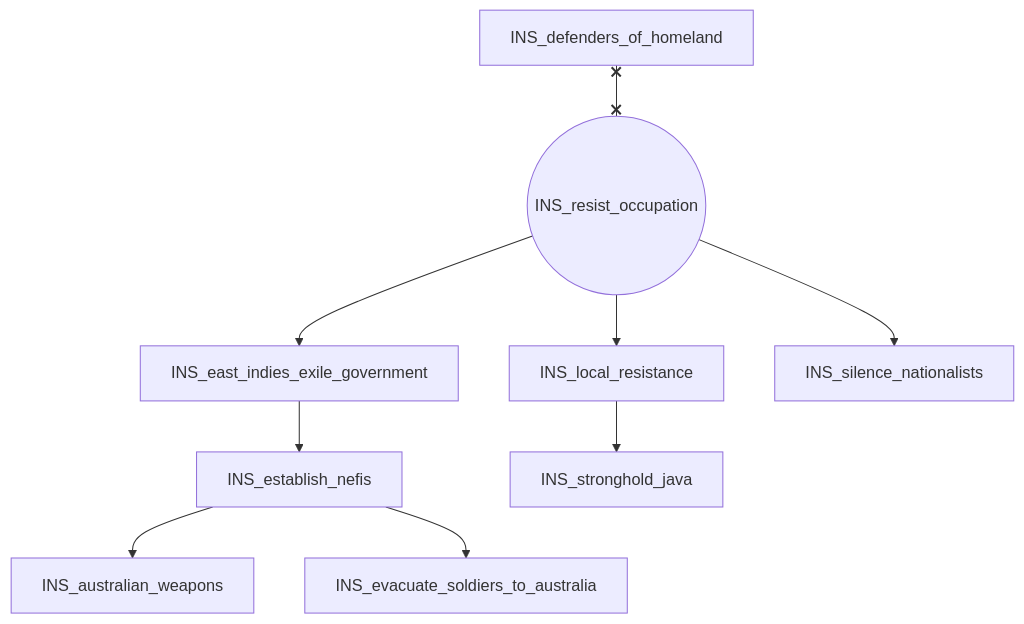
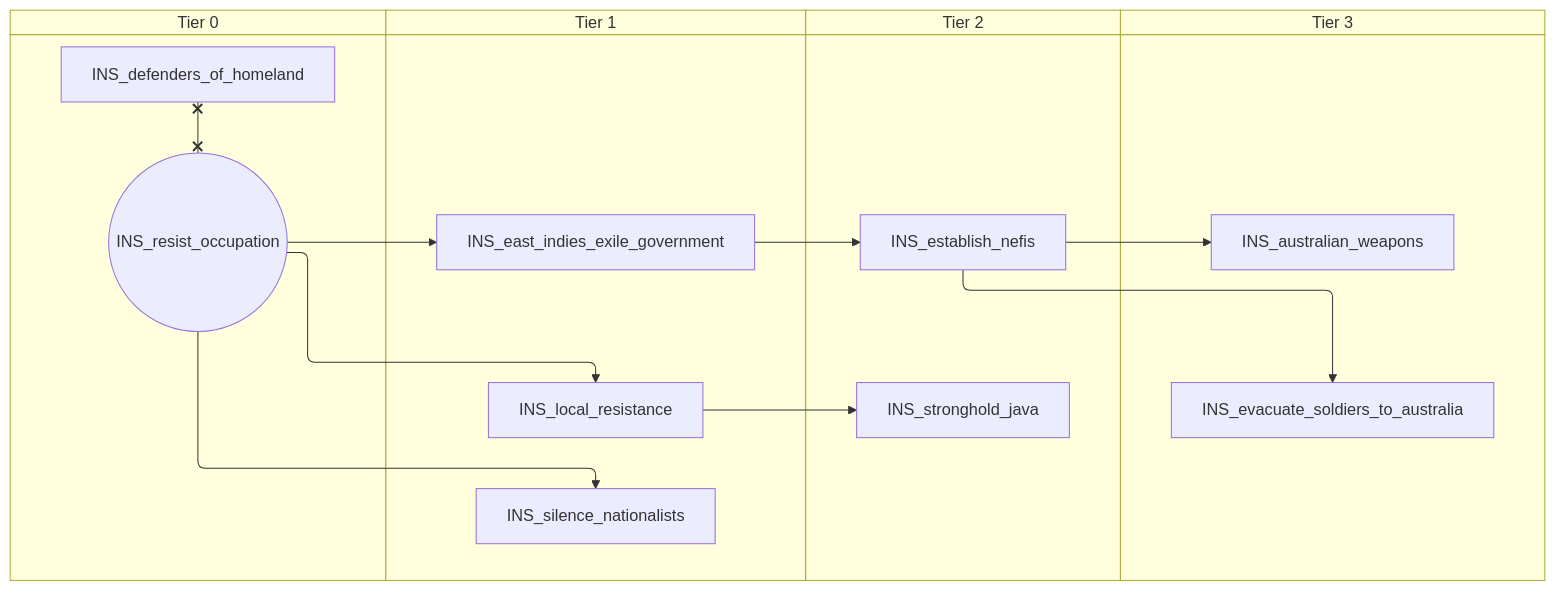
The third of 5 diagrams in docs/gdd/National Focuses/indonesia.md (evgeny-sobol/hoi4-sandbox-mode), drawn with Mermaid before and after one commit. The commit also changed other lines of this file and 80 other files, not shown here.

First line of the commit message:
Add swimlane mode to focus graph exporter

````diff
--- a/docs/gdd/National Focuses/indonesia.md
+++ b/docs/gdd/National Focuses/indonesia.md
@@ -326,20 +358,28 @@
 ```mermaid
-flowchart TD
-    n137["INS_australian_weapons"]
-    n18["INS_defenders_of_homeland"]
-    n138["INS_east_indies_exile_government"]
-    n139["INS_establish_nefis"]
-    n140["INS_evacuate_soldiers_to_australia"]
-    n141["INS_local_resistance"]
-    n73(("INS_resist_occupation"))
-    n142["INS_silence_nationalists"]
-    n143["INS_stronghold_java"]
-    n139 --> n137
-    n73 --> n138
-    n138 --> n139
-    n139 --> n140
-    n73 --> n141
-    n73 --> n142
-    n141 --> n143
-    n18 x--x n73
+swimlane-beta TD
+    subgraph tier_0["Tier 0"]
+        n1["INS_defenders_of_homeland"]
+        n2(("INS_resist_occupation"))
+    end
+    subgraph tier_1["Tier 1"]
+        n137["INS_east_indies_exile_government"]
+        n138["INS_local_resistance"]
+        n139["INS_silence_nationalists"]
+    end
+    subgraph tier_2["Tier 2"]
+        n140["INS_establish_nefis"]
+        n141["INS_stronghold_java"]
+    end
+    subgraph tier_3["Tier 3"]
+        n142["INS_australian_weapons"]
+        n143["INS_evacuate_soldiers_to_australia"]
+    end
+    n140 --> n142
+    n2 --> n137
+    n137 --> n140
+    n140 --> n143
+    n2 --> n138
+    n2 --> n139
+    n138 --> n141
+    n1 x--x n2
 ```
````
